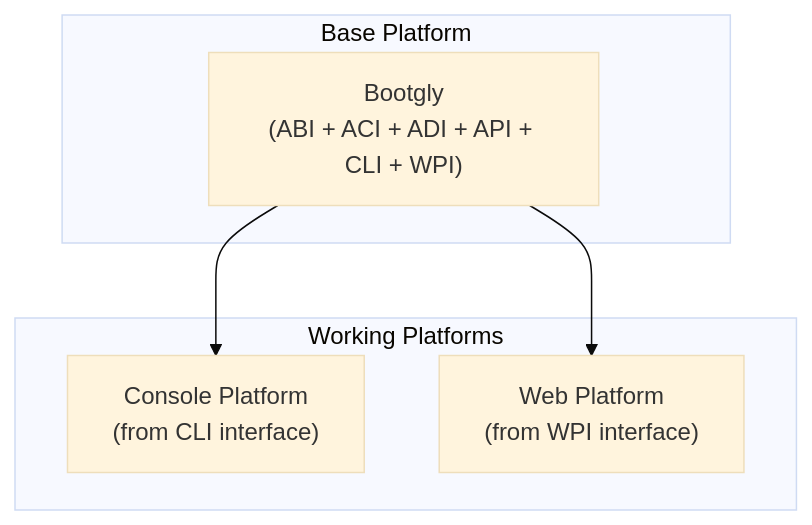
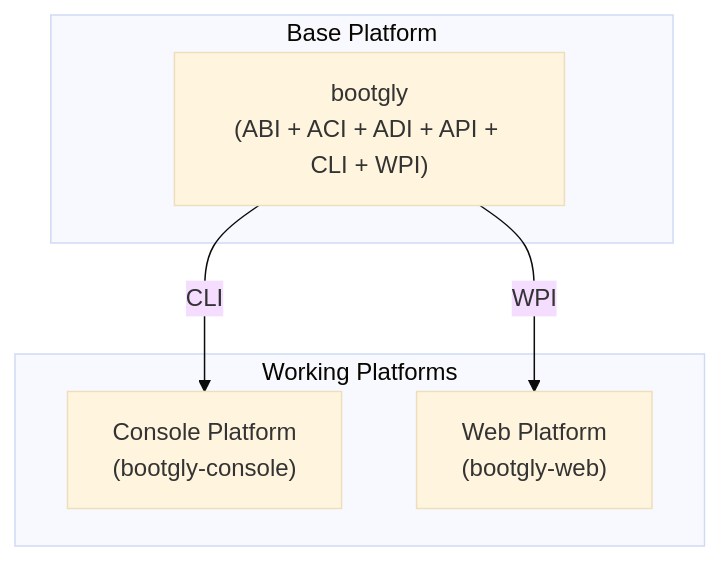
The second of 2 diagrams in src/pages/manual/Bootgly/basic/architecture.overview.en-US.md (bootgly/bootgly_docs), drawn with Mermaid (base theme) before and after one commit. The commit also changed other lines of this file and 1 other file, not shown here.

Commit message:
docs: update architecture pages

````diff
--- a/src/pages/manual/Bootgly/basic/architecture.overview.en-US.md
+++ b/src/pages/manual/Bootgly/basic/architecture.overview.en-US.md
@@ -69,12 +121,12 @@
 ```mermaid
 graph TB
   subgraph Base["Base Platform"]
-    Bootgly["Bootgly\n(ABI + ACI + ADI + API + CLI + WPI)"]
+    Bootgly["bootgly\n(ABI + ACI + ADI + API + CLI + WPI)"]
   end
   subgraph Working["Working Platforms"]
-    Console["Console Platform\n(from CLI interface)"]
-    Web["Web Platform\n(from WPI interface)"]
+    Console["Console Platform\n(bootgly-console)"]
+    Web["Web Platform\n(bootgly-web)"]
   end
-  Bootgly --> Console
-  Bootgly --> Web
+  Bootgly -- CLI --> Console
+  Bootgly -- WPI --> Web
 ```
````
